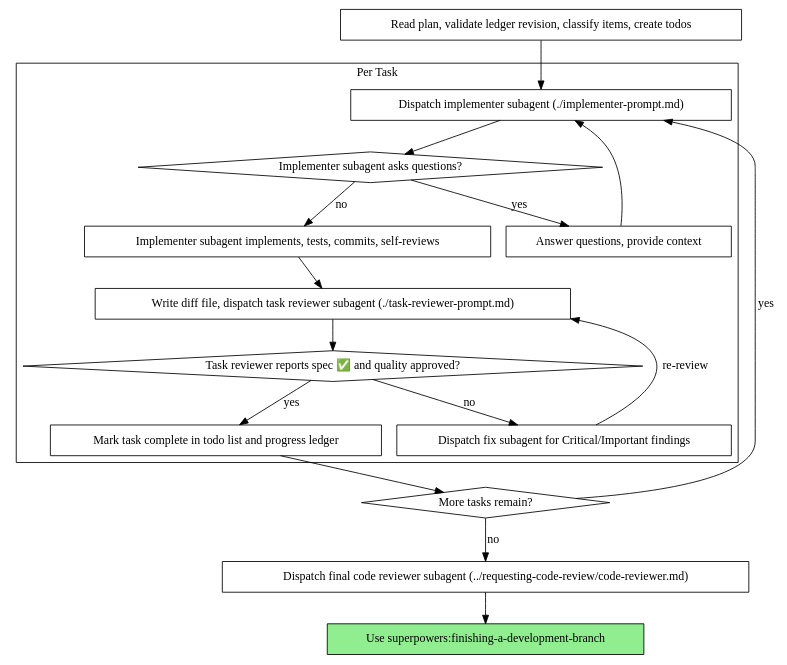
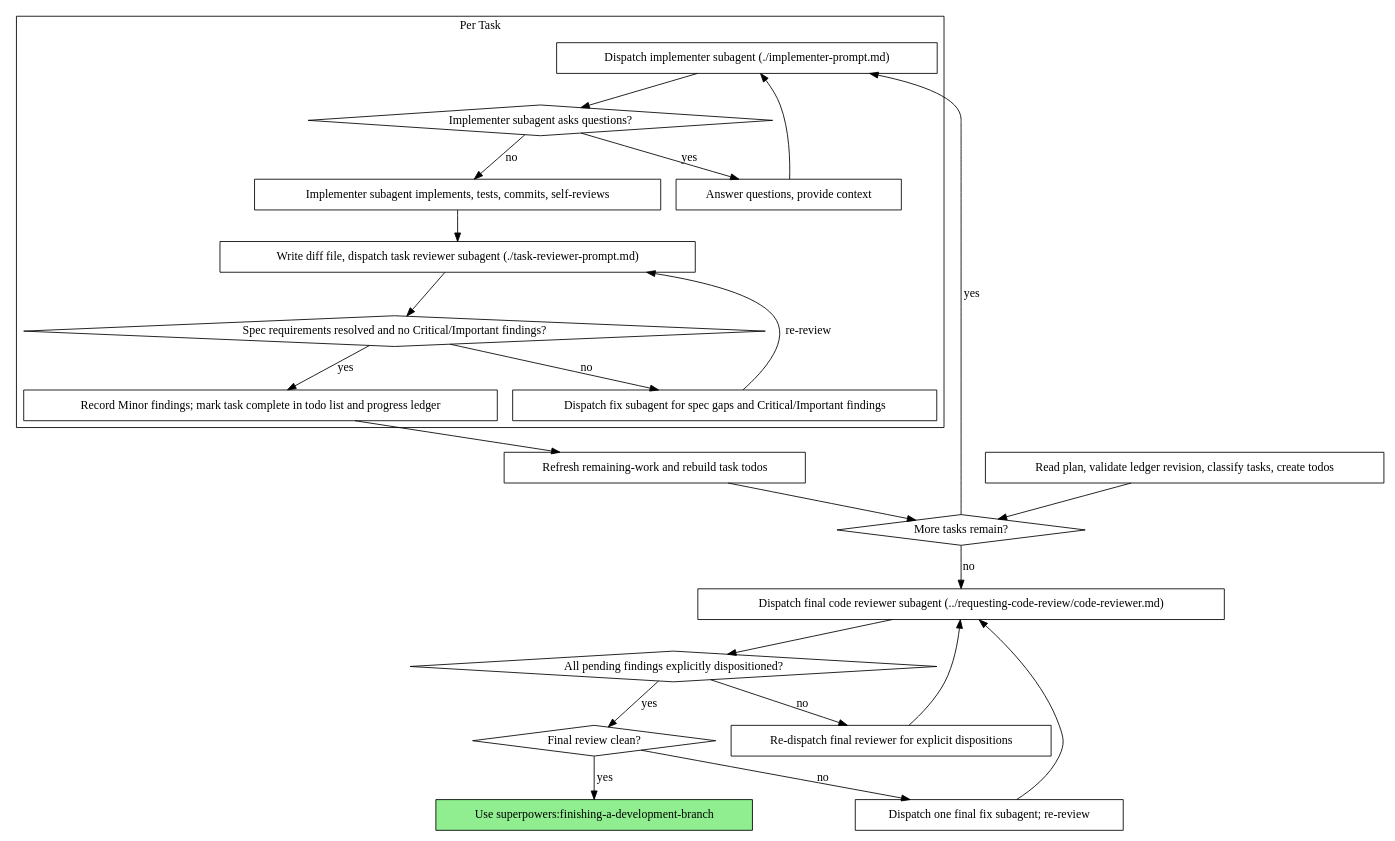
Before and after one commit to merlinran/superpowers: the second of 2 diagrams in skills/subagent-driven-development/SKILL.md, drawn with Graphviz. The commit also changed other lines of this file and 4 other files, not shown here.

First line of the commit message:
fix(skills): tighten task progress lifecycle

````diff
--- a/skills/subagent-driven-development/SKILL.md
+++ b/skills/subagent-driven-development/SKILL.md
@@ -49,37 +66,49 @@
 ```dot
 digraph process {
     rankdir=TB;
 
     subgraph cluster_per_task {
         label="Per Task";
         "Dispatch implementer subagent (./implementer-prompt.md)" [shape=box];
         "Implementer subagent asks questions?" [shape=diamond];
         "Answer questions, provide context" [shape=box];
         "Implementer subagent implements, tests, commits, self-reviews" [shape=box];
         "Write diff file, dispatch task reviewer subagent (./task-reviewer-prompt.md)" [shape=box];
-        "Task reviewer reports spec ✅ and quality approved?" [shape=diamond];
-        "Dispatch fix subagent for Critical/Important findings" [shape=box];
-        "Mark task complete in todo list and progress ledger" [shape=box];
+        "Spec requirements resolved and no Critical/Important findings?" [shape=diamond];
+        "Dispatch fix subagent for spec gaps and Critical/Important findings" [shape=box];
+        "Record Minor findings; mark task complete in todo list and progress ledger" [shape=box];
     }
 
-    "Read plan, validate ledger revision, classify items, create todos" [shape=box];
+    "Read plan, validate ledger revision, classify tasks, create todos" [shape=box];
+    "Refresh remaining-work and rebuild task todos" [shape=box];
     "More tasks remain?" [shape=diamond];
     "Dispatch final code reviewer subagent (../requesting-code-review/code-reviewer.md)" [shape=box];
+    "All pending findings explicitly dispositioned?" [shape=diamond];
+    "Re-dispatch final reviewer for explicit dispositions" [shape=box];
+    "Final review clean?" [shape=diamond];
+    "Dispatch one final fix subagent; re-review" [shape=box];
     "Use superpowers:finishing-a-development-branch" [shape=box style=filled fillcolor=lightgreen];
 
-    "Read plan, validate ledger revision, classify items, create todos" -> "Dispatch implementer subagent (./implementer-prompt.md)";
+    "Read plan, validate ledger revision, classify tasks, create todos" -> "More tasks remain?";
     "Dispatch implementer subagent (./implementer-prompt.md)" -> "Implementer subagent asks questions?";
     "Implementer subagent asks questions?" -> "Answer questions, provide context" [label="yes"];
     "Answer questions, provide context" -> "Dispatch implementer subagent (./implementer-prompt.md)";
     "Implementer subagent asks questions?" -> "Implementer subagent implements, tests, commits, self-reviews" [label="no"];
     "Implementer subagent implements, tests, commits, self-reviews" -> "Write diff file, dispatch task reviewer subagent (./task-reviewer-prompt.md)";
-    "Write diff file, dispatch task reviewer subagent (./task-reviewer-prompt.md)" -> "Task reviewer reports spec ✅ and quality approved?";
-    "Task reviewer reports spec ✅ and quality approved?" -> "Dispatch fix subagent for Critical/Important findings" [label="no"];
-    "Dispatch fix subagent for Critical/Important findings" -> "Write diff file, dispatch task reviewer subagent (./task-reviewer-prompt.md)" [label="re-review"];
-    "Task reviewer reports spec ✅ and quality approved?" -> "Mark task complete in todo list and progress ledger" [label="yes"];
-    "Mark task complete in todo list and progress ledger" -> "More tasks remain?";
+    "Write diff file, dispatch task reviewer subagent (./task-reviewer-prompt.md)" -> "Spec requirements resolved and no Critical/Important findings?";
+    "Spec requirements resolved and no Critical/Important findings?" -> "Dispatch fix subagent for spec gaps and Critical/Important findings" [label="no"];
+    "Dispatch fix subagent for spec gaps and Critical/Important findings" -> "Write diff file, dispatch task reviewer subagent (./task-reviewer-prompt.md)" [label="re-review"];
+    "Spec requirements resolved and no Critical/Important findings?" -> "Record Minor findings; mark task complete in todo list and progress ledger" [label="yes"];
+    "Record Minor findings; mark task complete in todo list and progress ledger" -> "Refresh remaining-work and rebuild task todos";
+    "Refresh remaining-work and rebuild task todos" -> "More tasks remain?";
     "More tasks remain?" -> "Dispatch implementer subagent (./implementer-prompt.md)" [label="yes"];
     "More tasks remain?" -> "Dispatch final code reviewer subagent (../requesting-code-review/code-reviewer.md)" [label="no"];
-    "Dispatch final code reviewer subagent (../requesting-code-review/code-reviewer.md)" -> "Use superpowers:finishing-a-development-branch";
+    "Dispatch final code reviewer subagent (../requesting-code-review/code-reviewer.md)" -> "All pending findings explicitly dispositioned?";
+    "All pending findings explicitly dispositioned?" -> "Re-dispatch final reviewer for explicit dispositions" [label="no"];
+    "Re-dispatch final reviewer for explicit dispositions" -> "Dispatch final code reviewer subagent (../requesting-code-review/code-reviewer.md)";
+    "All pending findings explicitly dispositioned?" -> "Final review clean?" [label="yes"];
+    "Final review clean?" -> "Dispatch one final fix subagent; re-review" [label="no"];
+    "Dispatch one final fix subagent; re-review" -> "Dispatch final code reviewer subagent (../requesting-code-review/code-reviewer.md)";
+    "Final review clean?" -> "Use superpowers:finishing-a-development-branch" [label="yes"];
 }
 ```
````
